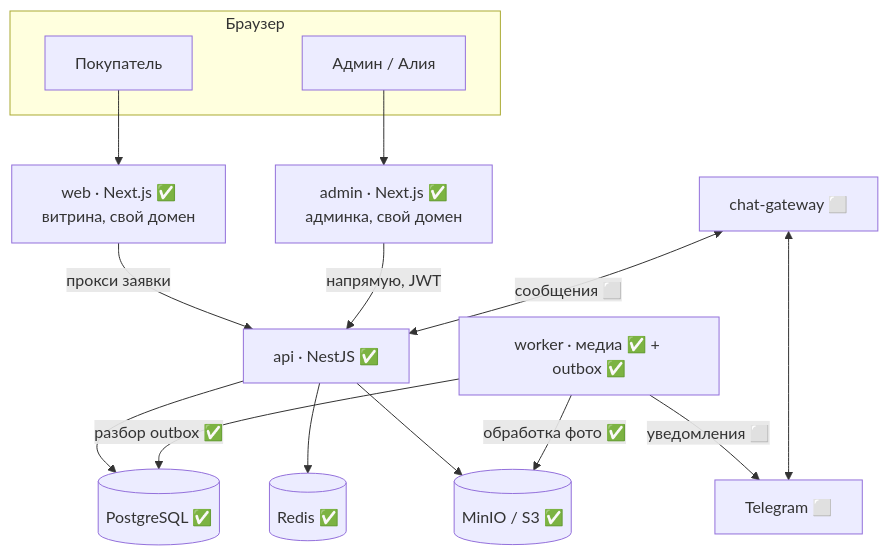
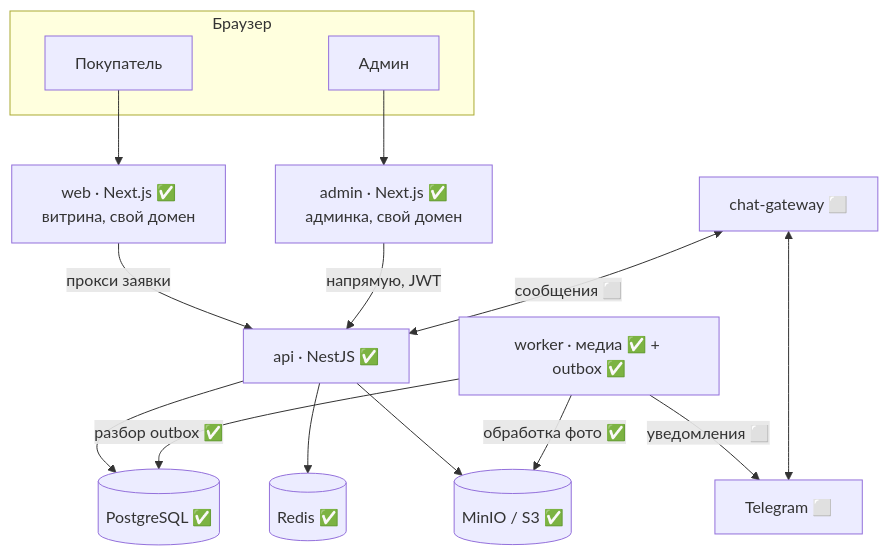
The first of 6 diagrams in docs/SYSTEM.md (ElamanBaiguanishev/artshop), drawn with Mermaid before and after one commit. The commit also changed other lines of this file and 48 other files, not shown here.

````diff
--- a/docs/SYSTEM.md
+++ b/docs/SYSTEM.md
@@ -16,33 +16,33 @@
 ```mermaid
 flowchart TB
     subgraph browser[Браузер]
         U[Покупатель]
-        A[Админ / Алия]
+        A[Админ]
     end
 
     WEB[web · Next.js ✅<br/>витрина, свой домен]
     ADM[admin · Next.js ✅<br/>админка, свой домен]
     API[api · NestJS ✅]
     WORKER[worker · медиа ✅ + outbox ✅]
     CG[chat-gateway ⬜]
 
     PG[(PostgreSQL ✅)]
     REDIS[(Redis ✅)]
     S3[(MinIO / S3 ✅)]
     TG[Telegram ⬜]
 
     U --> WEB
     A --> ADM
     WEB -->|прокси заявки| API
     ADM -->|напрямую, JWT| API
 
     API --> PG
     API --> REDIS
     API --> S3
 
     WORKER -->|разбор outbox ✅| PG
     WORKER -->|обработка фото ✅| S3
     WORKER -->|уведомления ⬜| TG
     CG <-->|сообщения ⬜| API
     CG <--> TG
 ```
````
